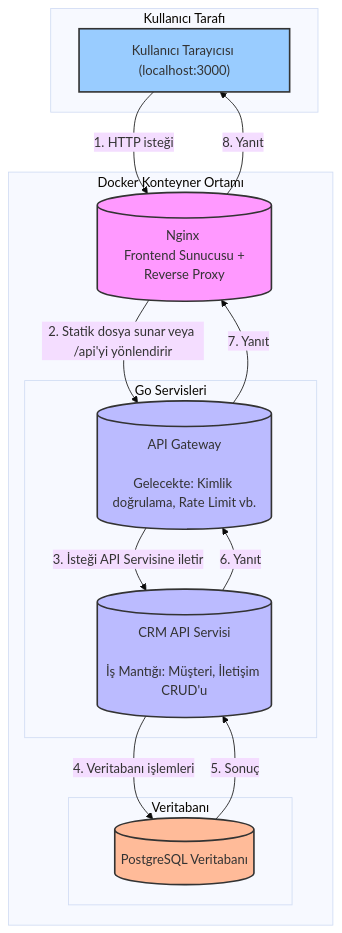
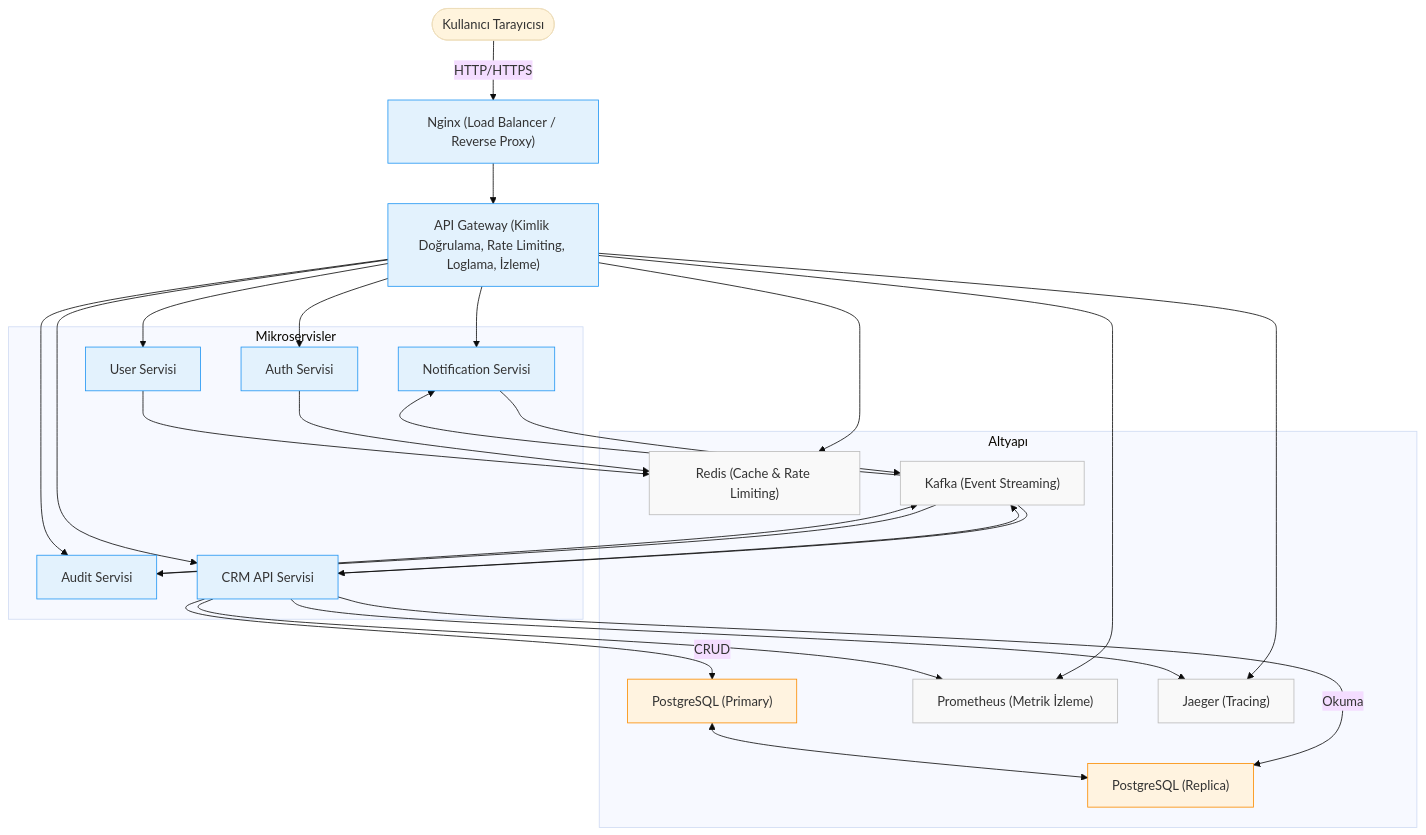
The diagram in README.md (AtillaMutlu/Go-CRM), drawn with Mermaid (base theme) before and after one commit. The commit also changed other lines of this file and 4 other files, not shown here.

````diff
--- a/README.md
+++ b/README.md
@@ -31,35 +48,53 @@
 ```mermaid
-graph TD
-    subgraph "Kullanıcı Tarafı"
-        Browser["Kullanıcı Tarayıcısı (localhost:3000)"]
+flowchart TD
+    Kullanicilar([Kullanıcı Tarayıcısı])
+    Nginx["Nginx (Load Balancer / Reverse Proxy)"]
+    Gateway["API Gateway (Kimlik Doğrulama, Rate Limiting, Loglama, İzleme)"]
+    subgraph Mikroservisler
+        AuthSvc["Auth Servisi"]
+        UserSvc["User Servisi"]
+        NotificationSvc["Notification Servisi"]
+        AuditSvc["Audit Servisi"]
+        CrmApi["CRM API Servisi"]
+    end
+    subgraph Altyapı
+        PostgresPrimary["PostgreSQL (Primary)"]
+        PostgresReplica["PostgreSQL (Replica)"]
+        Redis["Redis (Cache & Rate Limiting)"]
+        Kafka["Kafka (Event Streaming)"]
+        Prometheus["Prometheus (Metrik İzleme)"]
+        Jaeger["Jaeger (Tracing)"]
     end
 
-    subgraph "Docker Konteyner Ortamı"
-        Nginx[("Nginx <br> Frontend Sunucusu + Reverse Proxy")]
-        
-        subgraph "Go Servisleri"
-            Gateway[("API Gateway<br><br>Gelecekte: Kimlik doğrulama, Rate Limit vb.")];
-            API[("CRM API Servisi<br><br>İş Mantığı: Müşteri, İletişim CRUD'u")];
-        end
-
-        subgraph "Veritabanı"
-            DB[("PostgreSQL Veritabanı")];
-        end
-    end
-
-    %% Akış
-    Browser -- "1. HTTP isteği" --> Nginx;
-    Nginx -- "2. Statik dosya sunar veya /api'yi yönlendirir" --> Gateway;
-    Gateway -- "3. İsteği API Servisine iletir" --> API;
-    API -- "4. Veritabanı işlemleri" --> DB;
-    DB -- "5. Sonuç" --> API;
-    API -- "6. Yanıt" --> Gateway;
-    Gateway -- "7. Yanıt" --> Nginx;
-    Nginx -- "8. Yanıt" --> Browser;
-
-style Nginx fill:#f9f,stroke:#333,stroke-width:2px
-style Gateway fill:#bbf,stroke:#333,stroke-width:2px
-style API fill:#bbf,stroke:#333,stroke-width:2px
-style DB fill:#fb9,stroke:#333,stroke-width:2px
-style Browser fill:#9cf,stroke:#333,stroke-width:2px
+    Kullanicilar -->|HTTP/HTTPS| Nginx
+    Nginx --> Gateway
+    Gateway --> AuthSvc
+    Gateway --> UserSvc
+    Gateway --> NotificationSvc
+    Gateway --> AuditSvc
+    Gateway --> CrmApi
+    CrmApi -->|CRUD| PostgresPrimary
+    CrmApi -->|Okuma| PostgresReplica
+    Gateway --> Redis
+    CrmApi --> Kafka
+    Gateway --> Prometheus
+    Gateway --> Jaeger
+    CrmApi --> Prometheus
+    CrmApi --> Jaeger
+    AuthSvc --> Redis
+    UserSvc --> Redis
+    NotificationSvc --> Kafka
+    AuditSvc --> Kafka
+    PostgresPrimary <--> PostgresReplica
+    Kafka --> AuditSvc
+    Kafka --> NotificationSvc
+    Kafka --> CrmApi
+    
+    classDef infra fill:#f9f9f9,stroke:#bbb,stroke-width:1px;
+    classDef svc fill:#e3f2fd,stroke:#2196f3,stroke-width:1px;
+    classDef db fill:#fff3e0,stroke:#fb8c00,stroke-width:1px;
+    class Nginx,Gateway svc;
+    class AuthSvc,UserSvc,NotificationSvc,AuditSvc,CrmApi svc;
+    class PostgresPrimary,PostgresReplica db;
+    class Redis,Kafka,Prometheus,Jaeger infra;
 ```
````
